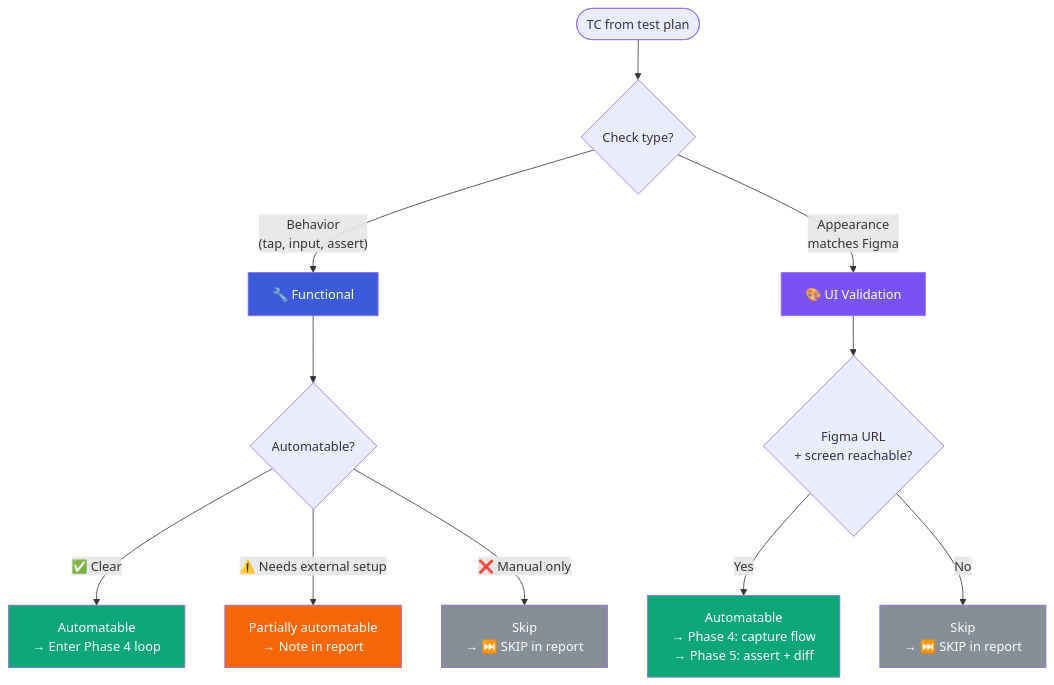
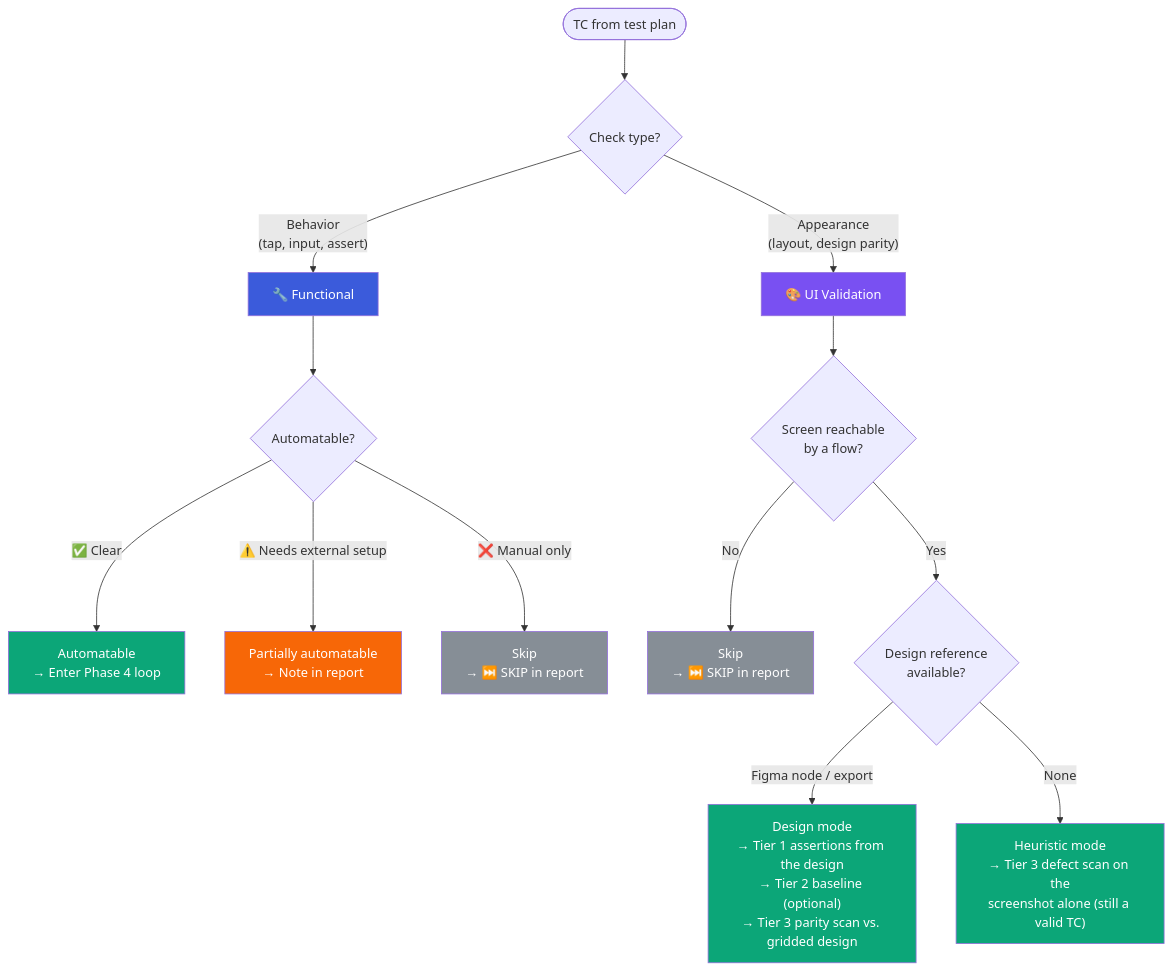
Before and after one commit to anhdo9797/my_skills: the third of 11 diagrams in maestro-test-executor/DOC.md, drawn with Mermaid. The commit also changed other lines of this file and 7 other files, not shown here.

````diff
--- a/maestro-test-executor/DOC.md
+++ b/maestro-test-executor/DOC.md
@@ -69,24 +72,27 @@
 ```mermaid
 flowchart TD
     A([TC from test plan]) --> B{Check type?}
 
     B -- "Behavior\n(tap, input, assert)" --> F[🔧 Functional]
-    B -- "Appearance\nmatches Figma" --> U[🎨 UI Validation]
+    B -- "Appearance\n(layout, design parity)" --> U[🎨 UI Validation]
 
     F --> F1{Automatable?}
     F1 -- "✅ Clear" --> FA[Automatable\n→ Enter Phase 4 loop]
     F1 -- "⚠️ Needs external setup" --> FP[Partially automatable\n→ Note in report]
     F1 -- "❌ Manual only" --> FS[Skip\n→ ⏭️ SKIP in report]
 
-    U --> U1{Figma URL\n+ screen reachable?}
-    U1 -- Yes --> UA["Automatable\n→ Phase 4: capture flow\n→ Phase 5: assert + diff"]
+    U --> U1{Screen reachable\nby a flow?}
     U1 -- No --> US[Skip\n→ ⏭️ SKIP in report]
+    U1 -- Yes --> U2{Design reference\navailable?}
+    U2 -- "Figma node / export" --> UD["Design mode\n→ Tier 1 assertions from the design\n→ Tier 2 baseline (optional)\n→ Tier 3 parity scan vs. gridded design"]
+    U2 -- "None" --> UH["Heuristic mode\n→ Tier 3 defect scan on the\nscreenshot alone (still a valid TC)"]
 
     style F fill:#3B5BDB,color:#fff
     style U fill:#7950F2,color:#fff
     style FA fill:#0CA678,color:#fff
-    style UA fill:#0CA678,color:#fff
+    style UD fill:#0CA678,color:#fff
+    style UH fill:#0CA678,color:#fff
     style FS fill:#868E96,color:#fff
     style US fill:#868E96,color:#fff
     style FP fill:#F76707,color:#fff
 ```
````
